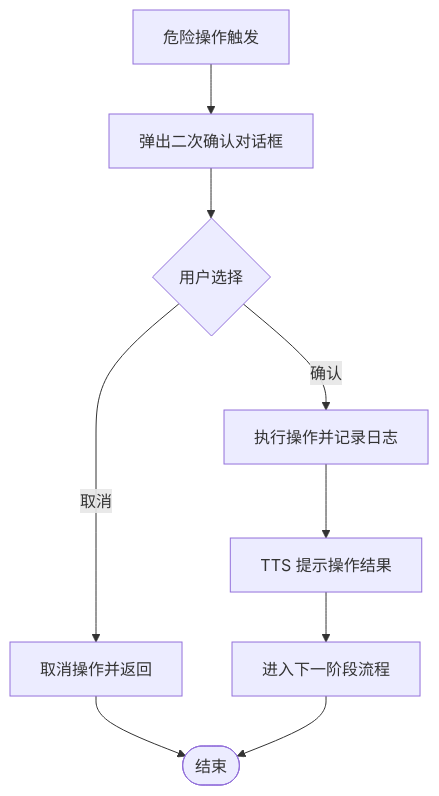
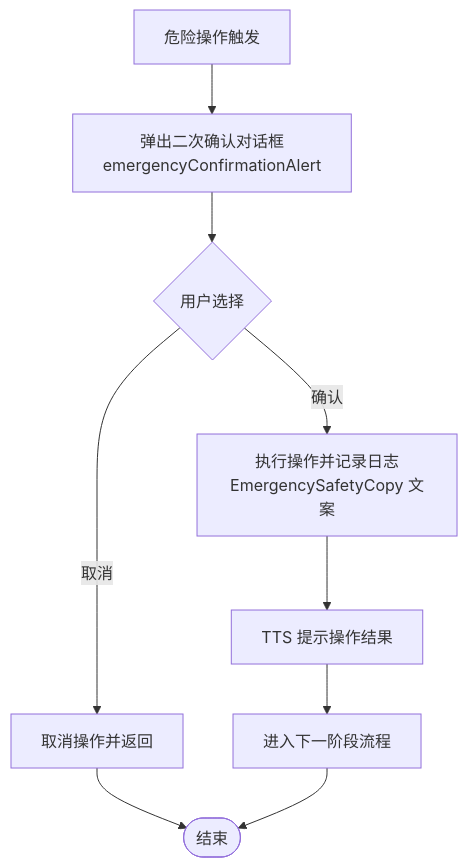
One commit to Jayden23018/blind-run-ios changed the fourth of 8 diagrams in .qoder/repowiki/zh/content/架构设计/模块化架构设计/Safety 安全模块.md. Above: the diagram before and after it, drawn with Mermaid. The commit also changed other lines of this file and 11 other files, not shown here.

````diff
--- a/.qoder/repowiki/zh/content/架构设计/模块化架构设计/Safety 安全模块.md
+++ b/.qoder/repowiki/zh/content/架构设计/模块化架构设计/Safety 安全模块.md
@@ -134,11 +160,11 @@
 ```mermaid
 flowchart TD
-Action["危险操作触发"] --> Confirm["弹出二次确认对话框"]
+Action["危险操作触发"] --> Confirm["弹出二次确认对话框<br/>emergencyConfirmationAlert"]
 Confirm --> Choice{"用户选择"}
-Choice --> |确认| Proceed["执行操作并记录日志"]
+Choice --> |确认| Proceed["执行操作并记录日志<br/>EmergencySafetyCopy 文案"]
 Choice --> |取消| Abort["取消操作并返回"]
 Proceed --> Notify["TTS 提示操作结果"]
 Notify --> Next["进入下一阶段流程"]
 Abort --> End(["结束"])
 Next --> End
 ```
````
